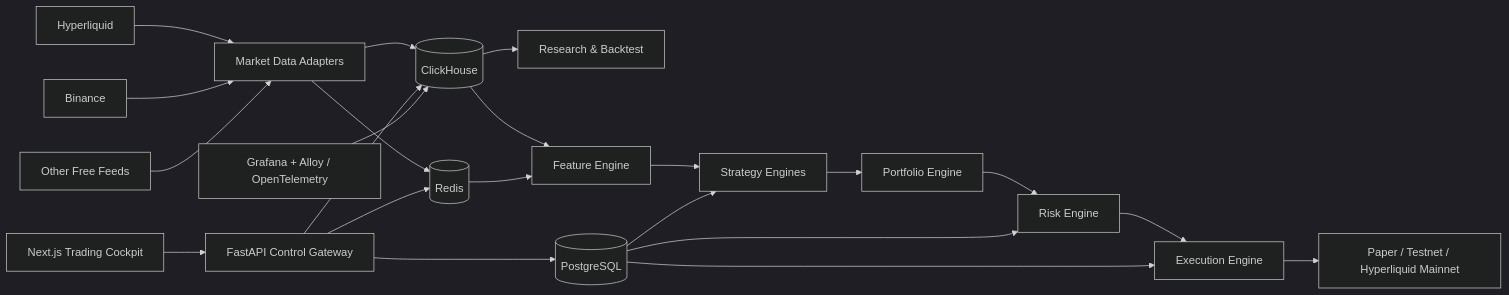
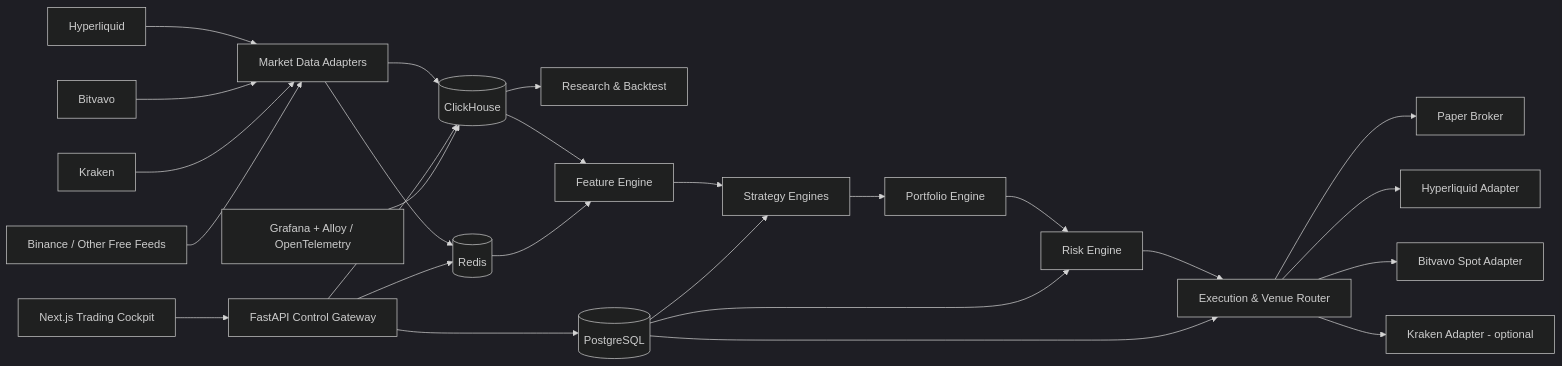
Before and after one commit to daffieeee-arch/Hyperliquid-Bot: the first of 3 diagrams in docs/ARCHITECTURE.md, drawn with Mermaid (dark theme). The commit also changed other lines of this file, not shown here.

Commit message:
docs: expand architecture for phased multi-venue trading

````diff
--- a/docs/ARCHITECTURE.md
+++ b/docs/ARCHITECTURE.md
@@ -5,24 +11,33 @@
 ```mermaid
 flowchart LR
-    A[Hyperliquid] --> D[Market Data Adapters]
-    B[Binance] --> D
-    C[Other Free Feeds] --> D
-    D --> CH[(ClickHouse)]
-    D --> R[(Redis)]
+    HL[Hyperliquid] --> MD[Market Data Adapters]
+    BV[Bitvavo] --> MD
+    KR[Kraken] --> MD
+    BN[Binance / Other Free Feeds] --> MD
+    MD --> CH[(ClickHouse)]
+    MD --> R[(Redis)]
+
     CH --> Q[Research & Backtest]
     CH --> F[Feature Engine]
     R --> F
     F --> S[Strategy Engines]
     S --> P[Portfolio Engine]
     P --> K[Risk Engine]
-    K --> E[Execution Engine]
-    E --> H[Paper / Testnet / Hyperliquid Mainnet]
+    K --> VR[Execution & Venue Router]
+
+    VR --> PB[Paper Broker]
+    VR --> HE[Hyperliquid Adapter]
+    VR --> BE[Bitvavo Spot Adapter]
+    VR --> KE[Kraken Adapter - optional]
+
     PG[(PostgreSQL)] --> S
     PG --> K
-    PG --> E
+    PG --> VR
+
     UI[Next.js Trading Cockpit] --> API[FastAPI Control Gateway]
     API --> PG
     API --> R
     API --> CH
+
     O[Grafana + Alloy / OpenTelemetry] --> CH
 ```
````
